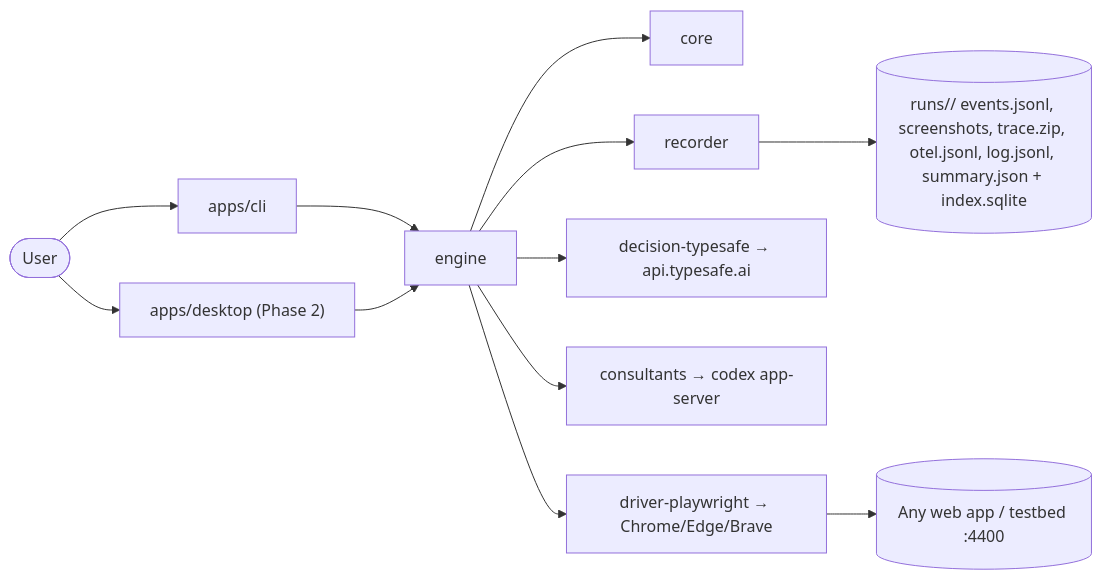
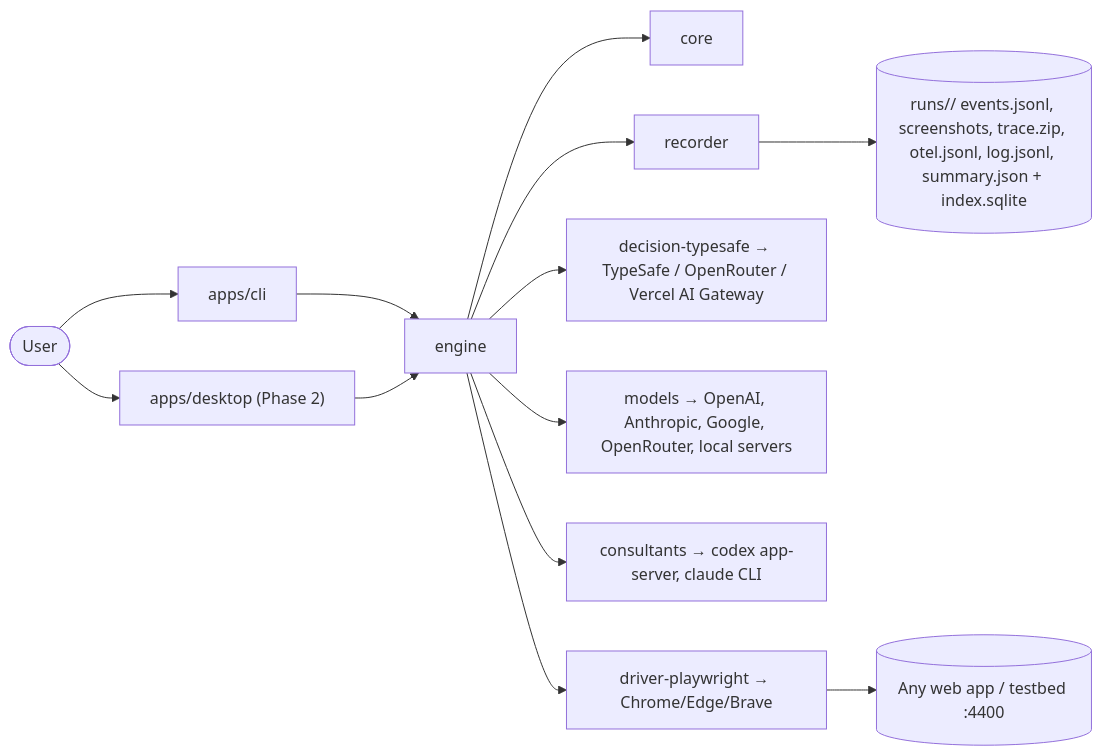
Before and after one commit to ramifara/ghosthand: the first of 4 diagrams in docs/architecture.md, drawn with Mermaid. The commit also changed other lines of this file and 5 other files, not shown here.

````diff
--- a/docs/architecture.md
+++ b/docs/architecture.md
@@ -9,14 +9,15 @@
 ```mermaid
 flowchart LR
   user([User]) --> cli[apps/cli]
   user --> desktop["apps/desktop (Phase 2)"]
   cli --> engine
   desktop --> engine
   engine --> core
   engine --> recorder
-  engine --> decision["decision-typesafe → api.typesafe.ai"]
-  engine --> consultants["consultants → codex app-server"]
+  engine --> decision["decision-typesafe → TypeSafe / OpenRouter / Vercel AI Gateway"]
+  engine --> models["models → OpenAI, Anthropic, Google, OpenRouter, local servers"]
+  engine --> consultants["consultants → codex app-server, claude CLI"]
   engine --> driver["driver-playwright → Chrome/Edge/Brave"]
   driver --> site[(Any web app / testbed :4400)]
   recorder --> runs[("runs/<id>/ events.jsonl, screenshots, trace.zip, otel.jsonl, log.jsonl, summary.json + index.sqlite")]
 ```
````
